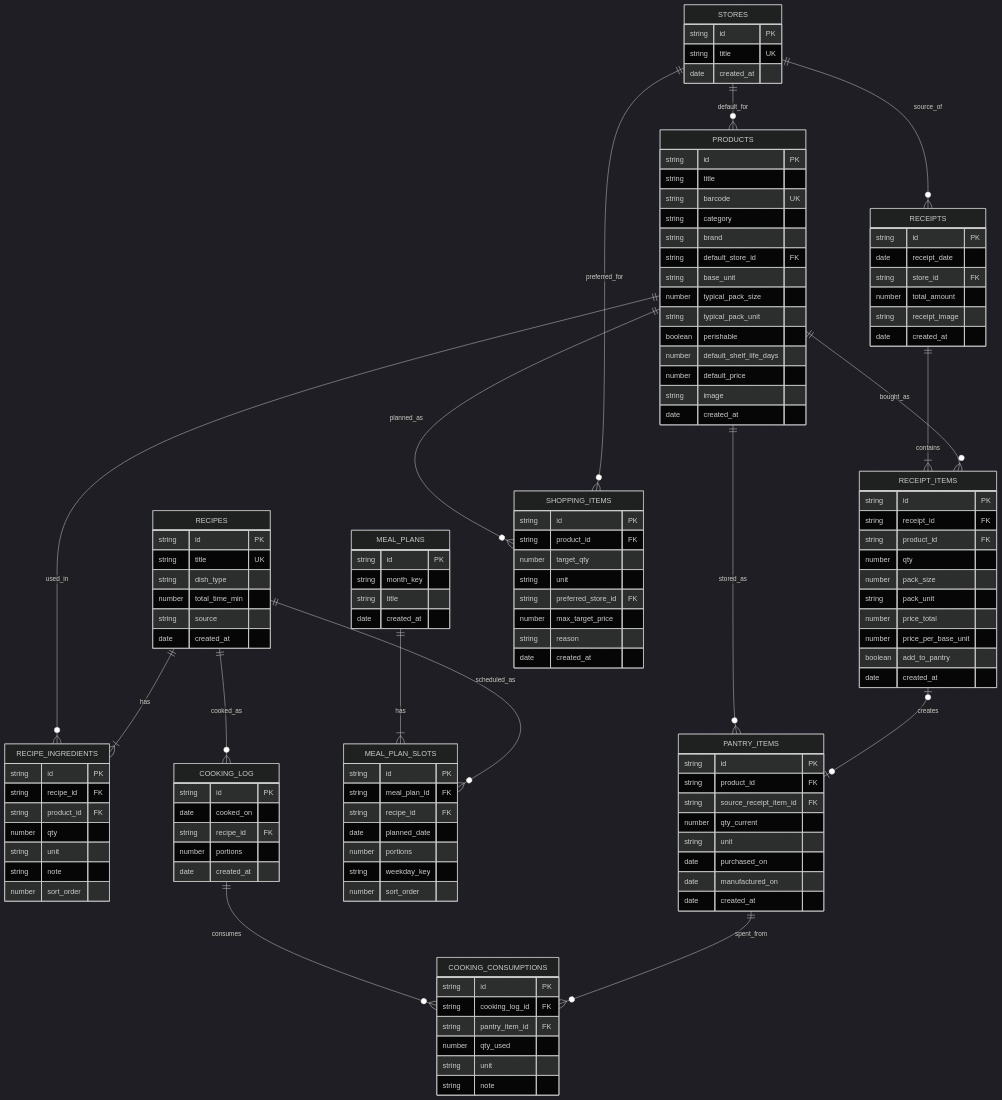
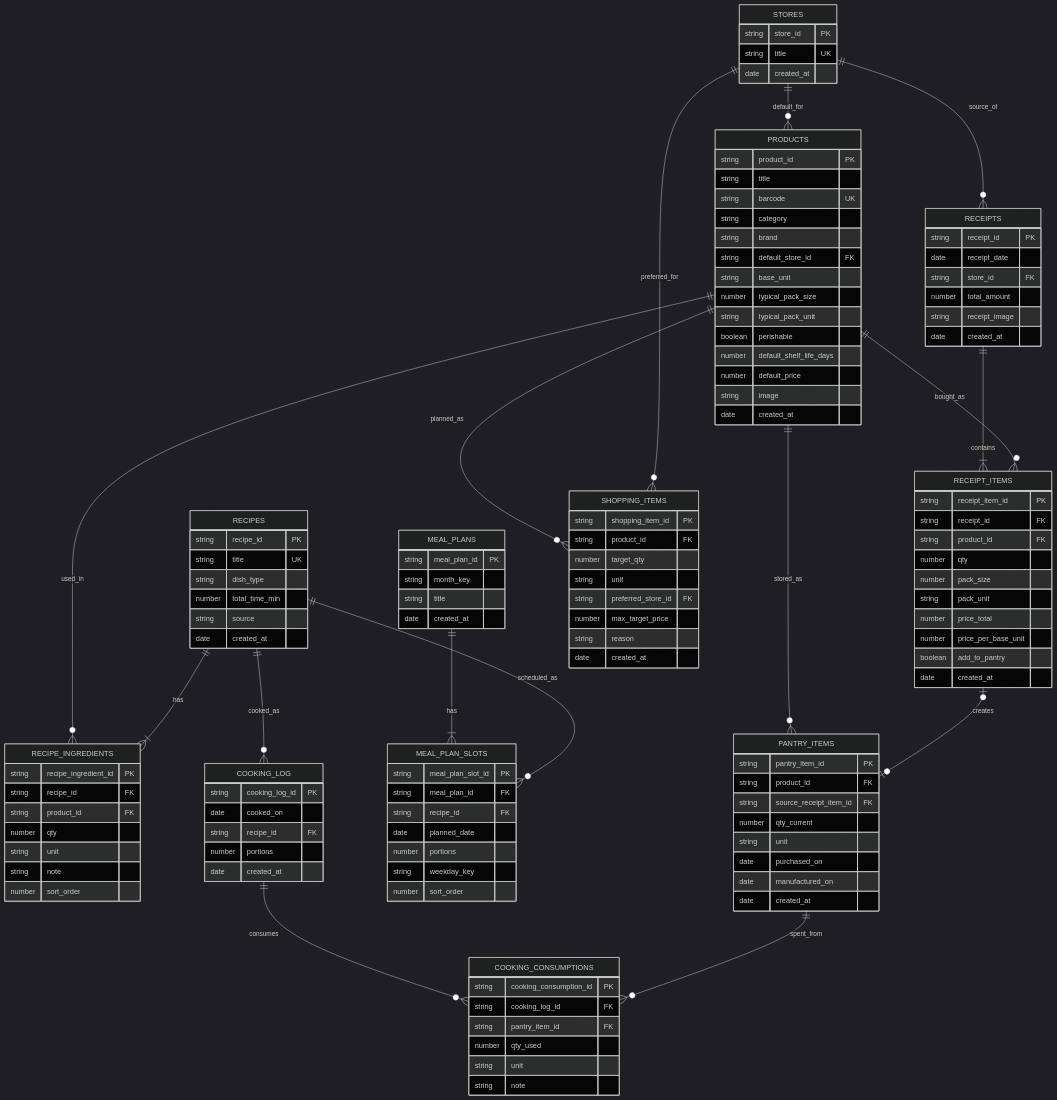
One commit to smeryse/Knowledge-Base changed the diagram in Projects/Еда/Docs/Schema.md. Above: the diagram before and after it, drawn with Mermaid (dark theme). The commit also changed other lines of this file and 2 other files, not shown here.

````diff
--- a/Projects/Еда/Docs/Schema.md
+++ b/Projects/Еда/Docs/Schema.md
@@ -56,7 +56,7 @@
 ```mermaid
 erDiagram
     PRODUCTS {
-        string id PK
+        string product_id PK
         string title
         string barcode UK
         string category
@@ -73,13 +73,13 @@
     }
 
     STORES {
-        string id PK
+        string store_id PK
         string title UK
         date created_at
     }
 
     RECIPES {
-        string id PK
+        string recipe_id PK
         string title UK
         string dish_type
         number total_time_min
@@ -88,7 +88,7 @@
     }
 
     RECIPE_INGREDIENTS {
-        string id PK
+        string recipe_ingredient_id PK
         string recipe_id FK
         string product_id FK
         number qty
@@ -98,7 +98,7 @@
     }
 
     RECEIPTS {
-        string id PK
+        string receipt_id PK
         date receipt_date
         string store_id FK
         number total_amount
@@ -107,7 +107,7 @@
     }
 
     RECEIPT_ITEMS {
-        string id PK
+        string receipt_item_id PK
         string receipt_id FK
         string product_id FK
         number qty
@@ -120,7 +120,7 @@
     }
 
     PANTRY_ITEMS {
-        string id PK
+        string pantry_item_id PK
         string product_id FK
         string source_receipt_item_id FK
         number qty_current
@@ -131,14 +131,14 @@
     }
 
     MEAL_PLANS {
-        string id PK
+        string meal_plan_id PK
         string month_key
         string title
         date created_at
     }
 
     MEAL_PLAN_SLOTS {
-        string id PK
+        string meal_plan_slot_id PK
         string meal_plan_id FK
         string recipe_id FK
         date planned_date
@@ -148,7 +148,7 @@
     }
 
     COOKING_LOG {
-        string id PK
+        string cooking_log_id PK
         date cooked_on
         string recipe_id FK
         number portions
@@ -156,7 +156,7 @@
     }
 
     COOKING_CONSUMPTIONS {
-        string id PK
+        string cooking_consumption_id PK
         string cooking_log_id FK
         string pantry_item_id FK
         number qty_used
@@ -165,7 +165,7 @@
     }
 
     SHOPPING_ITEMS {
-        string id PK
+        string shopping_item_id PK
         string product_id FK
         number target_qty
         string unit
````
